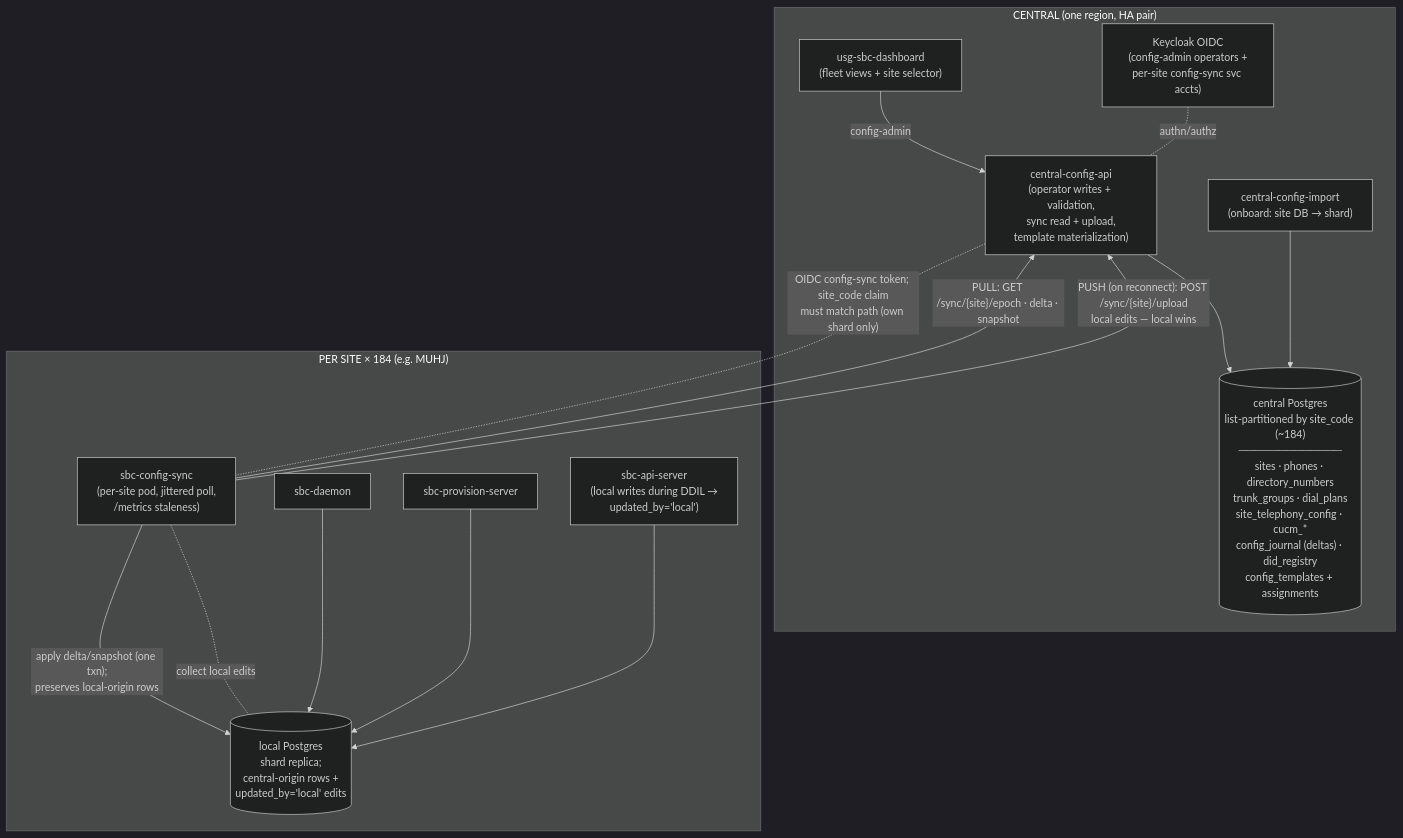
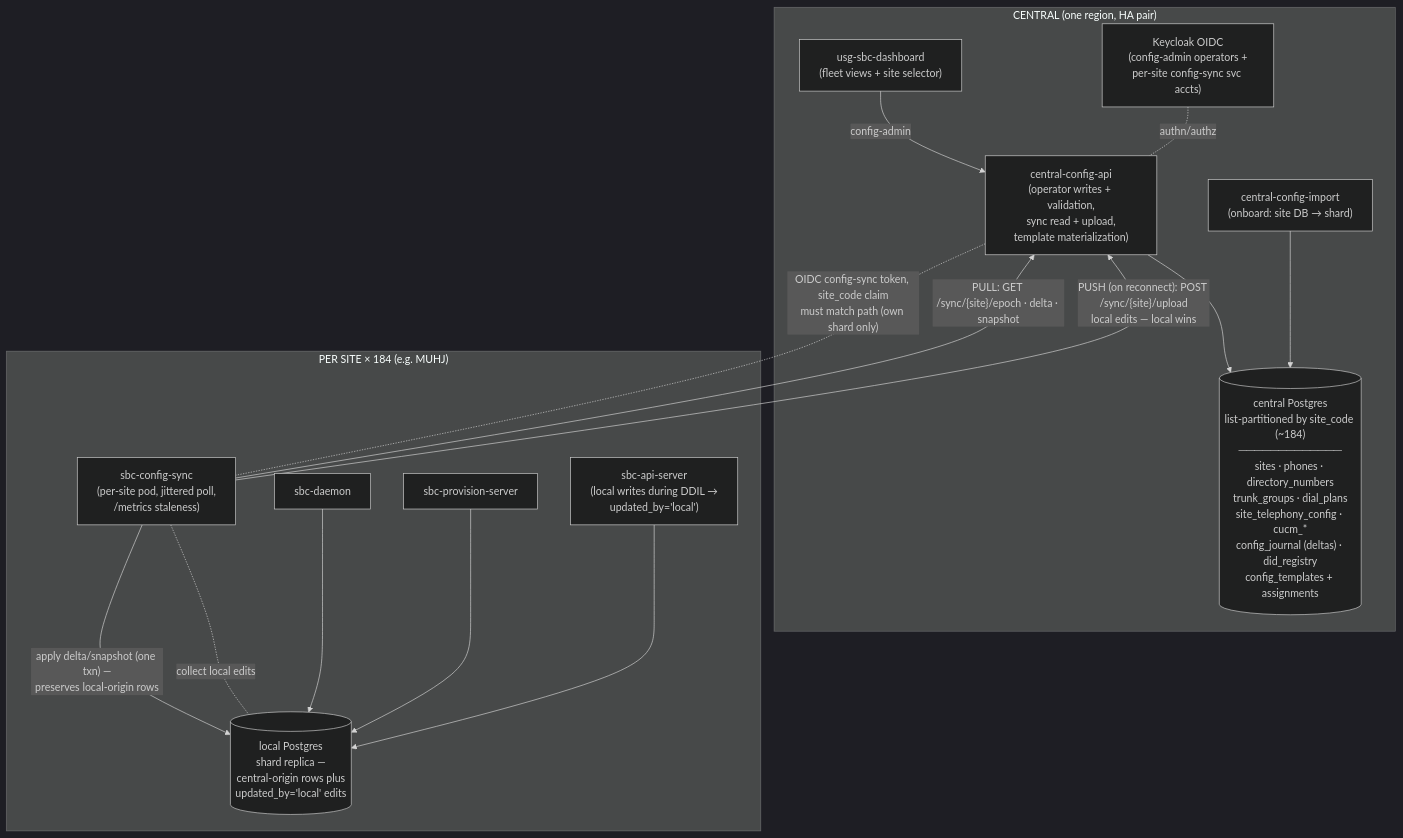
The first of 2 diagrams in docs/CENTRAL-CONFIG-PLAN.md (192d-Wing/usg-uc), drawn with Mermaid (dark theme) before and after one commit. The commit also changed other lines of this file, not shown here.

First line of the commit message:
docs(central-config): fix mermaid parse error in section 7 sequence diagram

````diff
--- a/docs/CENTRAL-CONFIG-PLAN.md
+++ b/docs/CENTRAL-CONFIG-PLAN.md
@@ -40,31 +40,31 @@
 ```mermaid
 flowchart TB
     subgraph central["CENTRAL (one region, HA pair)"]
         dashboard["usg-sbc-dashboard<br/>(fleet views + site selector)"]
         api["central-config-api<br/>(operator writes + validation,<br/>sync read + upload,<br/>template materialization)"]
         kc["Keycloak OIDC<br/>(config-admin operators +<br/>per-site config-sync svc accts)"]
         pg[("central Postgres<br/>list-partitioned by site_code (~184)<br/>─────────────<br/>sites · phones · directory_numbers<br/>trunk_groups · dial_plans<br/>site_telephony_config · cucm_*<br/>config_journal (deltas) · did_registry<br/>config_templates + assignments")]
         importer["central-config-import<br/>(onboard: site DB → shard)"]
         dashboard -- "config-admin" --> api
         kc -. "authn/authz" .- api
         api --> pg
         importer --> pg
     end
 
     subgraph site["PER SITE × 184 (e.g. MUHJ)"]
         sync["sbc-config-sync<br/>(per-site pod, jittered poll,<br/>/metrics staleness)"]
-        localpg[("local Postgres<br/>shard replica;<br/>central-origin rows +<br/>updated_by='local' edits")]
+        localpg[("local Postgres<br/>shard replica —<br/>central-origin rows plus<br/>updated_by='local' edits")]
         daemon["sbc-daemon"]
         prov["sbc-provision-server"]
         siteapi["sbc-api-server<br/>(local writes during DDIL →<br/>updated_by='local')"]
-        sync -- "apply delta/snapshot (one txn);<br/>preserves local-origin rows" --> localpg
+        sync -- "apply delta/snapshot (one txn) —<br/>preserves local-origin rows" --> localpg
         sync -. "collect local edits" .- localpg
         daemon --> localpg
         prov --> localpg
         siteapi --> localpg
     end
 
     sync -- "PULL: GET /sync/{site}/epoch · delta · snapshot" --> api
     sync -- "PUSH (on reconnect): POST /sync/{site}/upload<br/>local edits — local wins" --> api
-    api -. "OIDC config-sync token; site_code claim<br/>must match path (own shard only)" .- sync
+    api -. "OIDC config-sync token, site_code claim<br/>must match path (own shard only)" .- sync
 ```
````
